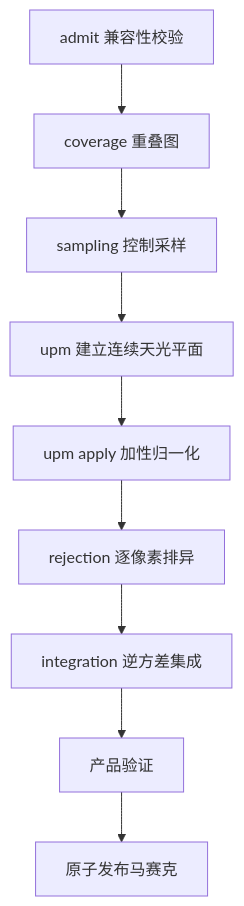
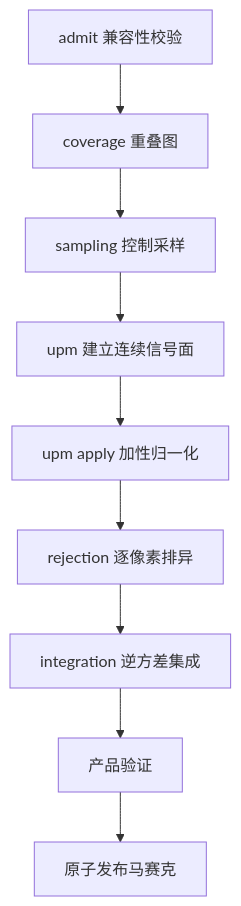
The sixth of 11 diagrams in docs/ACSD_DESIGN.md (fujiaze/Astro-CS-Database), drawn with Mermaid before and after one commit. The commit also changed other lines of this file and 32 other files, not shown here.

````diff
--- a/docs/ACSD_DESIGN.md
+++ b/docs/ACSD_DESIGN.md
@@ -266,11 +266,11 @@
 ```mermaid
 flowchart TD
     A["admit 兼容性校验"] --> C["coverage 重叠图"]
     C --> S["sampling 控制采样"]
-    S --> U["upm 建立连续天光平面"]
+    S --> U["upm 建立连续信号面"]
     U --> UA["upm apply 加性归一化"]
     UA --> R["rejection 逐像素排异"]
     R --> I["integration 逆方差集成"]
     I --> V["产品验证"]
     V --> O["原子发布马赛克"]
 ```
````
